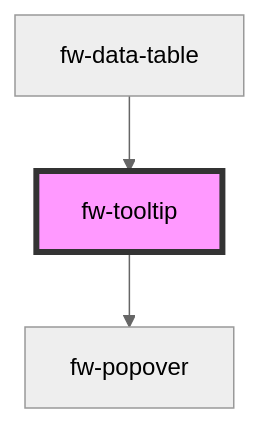
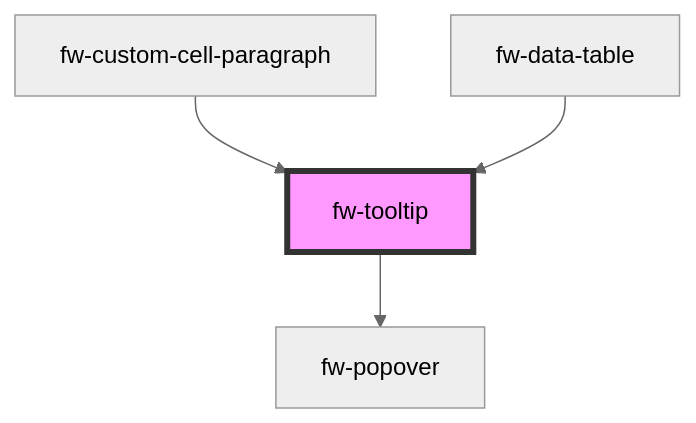
Before and after one commit to freshworks/crayons: the diagram in packages/crayons-core/src/components/tooltip/readme.md, drawn with Mermaid (neutral theme). The commit also changed other lines of this file and 8 other files, not shown here.

Commit message:
feat(data-table): adding paragraph vairant for custom table cell

````diff
--- a/packages/crayons-core/src/components/tooltip/readme.md
+++ b/packages/crayons-core/src/components/tooltip/readme.md
@@ -392,6 +393,7 @@
 ```mermaid
 graph TD;
   fw-tooltip --> fw-popover
+  fw-custom-cell-paragraph --> fw-tooltip
   fw-data-table --> fw-tooltip
   style fw-tooltip fill:#f9f,stroke:#333,stroke-width:4px
 ```
````
